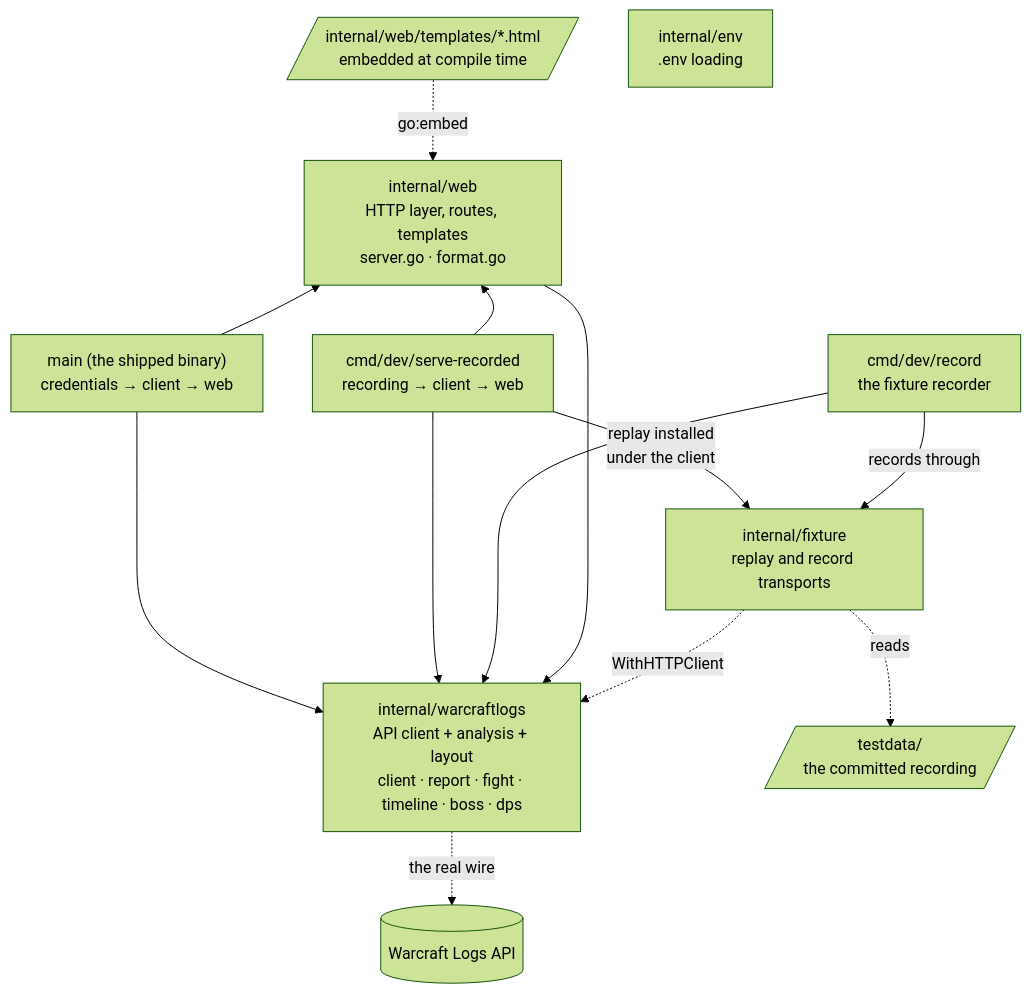
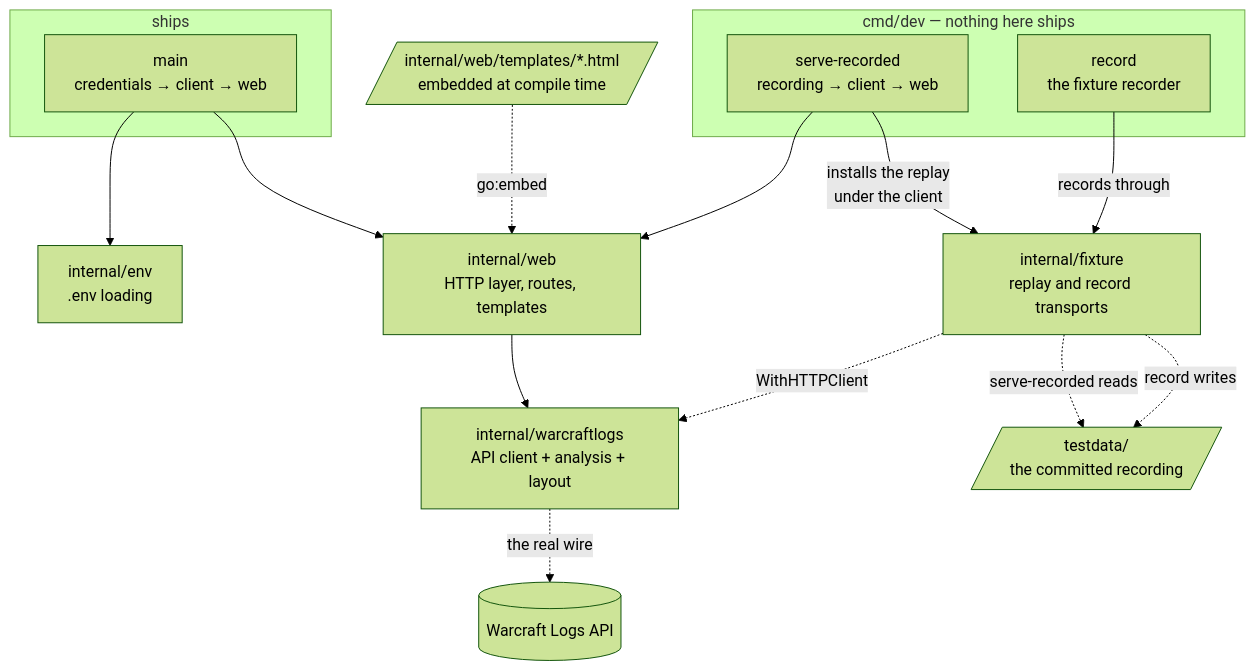
The second of 3 diagrams in ARCHITECTURE.md (Gabriel2048/wow-insights), drawn with Mermaid (forest theme) before and after one commit. The commit also changed other lines of this file, not shown here.

Commit message:
Redraw the package view: binaries on top, layers below, no layout tricks
Ships and cmd/dev are boxes; the binaries' client construction and the
recorder's .env import are declared but not drawn; testdata carries one
edge per binary that touches it. Invisible links are gone — Mermaid
versions disagreed about them.

Claude-Session: https://claude.ai/code/session_01BQKntxwDvnhuBFrsNmRnie

````diff
--- a/ARCHITECTURE.md
+++ b/ARCHITECTURE.md
@@ -49,35 +50,37 @@
 ```mermaid
 flowchart TB
     %% verified: package graph
-    web["internal/web<br/>HTTP layer, routes, templates<br/>server.go · format.go"]
+    subgraph ships["ships"]
+        main["main<br/>credentials → client → web"]
+    end
+    subgraph dev["cmd/dev — nothing here ships"]
+        serve_recorded["serve-recorded<br/>recording → client → web"]
+        record["record<br/>the fixture recorder"]
+    end
     templates[/"internal/web/templates/*.html<br/>embedded at compile time"/]
-    main["main (the shipped binary)<br/>credentials → client → web"]
-    serve_recorded["cmd/dev/serve-recorded<br/>recording → client → web"]
-    record["cmd/dev/record<br/>the fixture recorder"]
+    web["internal/web<br/>HTTP layer, routes, templates"]
     env["internal/env<br/>.env loading"]
     fixture["internal/fixture<br/>replay and record transports"]
-    warcraftlogs["internal/warcraftlogs<br/>API client + analysis + layout<br/>client · report · fight · timeline · boss · dps"]
+    warcraftlogs["internal/warcraftlogs<br/>API client + analysis + layout"]
     api[("Warcraft Logs API")]
     testdata[/"testdata/<br/>the committed recording"/]
 
-    %% ~~~ is an invisible link: layout only, so the HTTP layer sits at the
-    %% top and the binaries that compose it hang below it.
-    web ~~~ main
-    web ~~~ serve_recorded
-    web ~~~ record
+    main --> env
     main --> web
-    main --> warcraftlogs
     serve_recorded --> web
-    serve_recorded -->|"replay installed<br/>under the client"| fixture
-    serve_recorded --> warcraftlogs
+    serve_recorded -->|"installs the replay<br/>under the client"| fixture
     record -->|"records through"| fixture
-    record --> warcraftlogs
+    templates -.->|"go:embed"| web
     web --> warcraftlogs
-    %% main --> env
+    %% Every binary also builds the client (warcraftlogs.New), and record
+    %% reads .env. Real, verified, and not drawn: the labels say it and the
+    %% lines would only cross what matters.
+    %% main --> warcraftlogs
+    %% serve_recorded --> warcraftlogs
+    %% record --> warcraftlogs
     %% record --> env
-
-    templates -.->|"go:embed"| web
+    fixture -.->|"WithHTTPClient"| warcraftlogs
+    fixture -.->|"serve-recorded reads"| testdata
+    fixture -.->|"record writes"| testdata
     warcraftlogs -.->|"the real wire"| api
-    fixture -.->|"WithHTTPClient"| warcraftlogs
-    fixture -.->|"reads"| testdata
 ```
````
